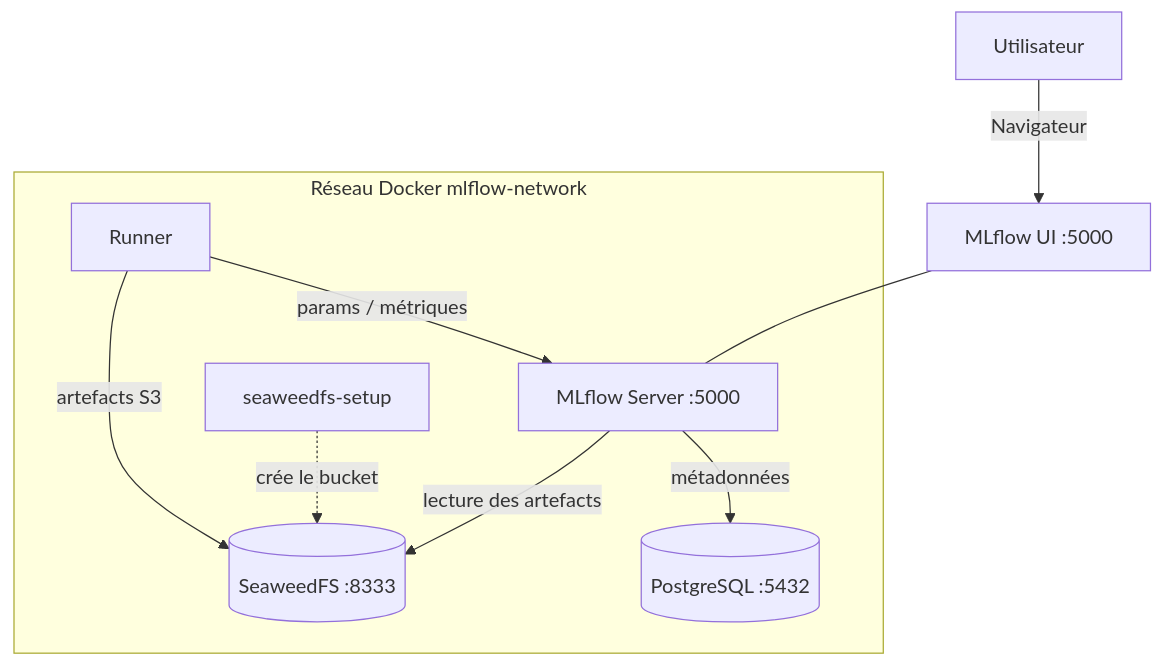
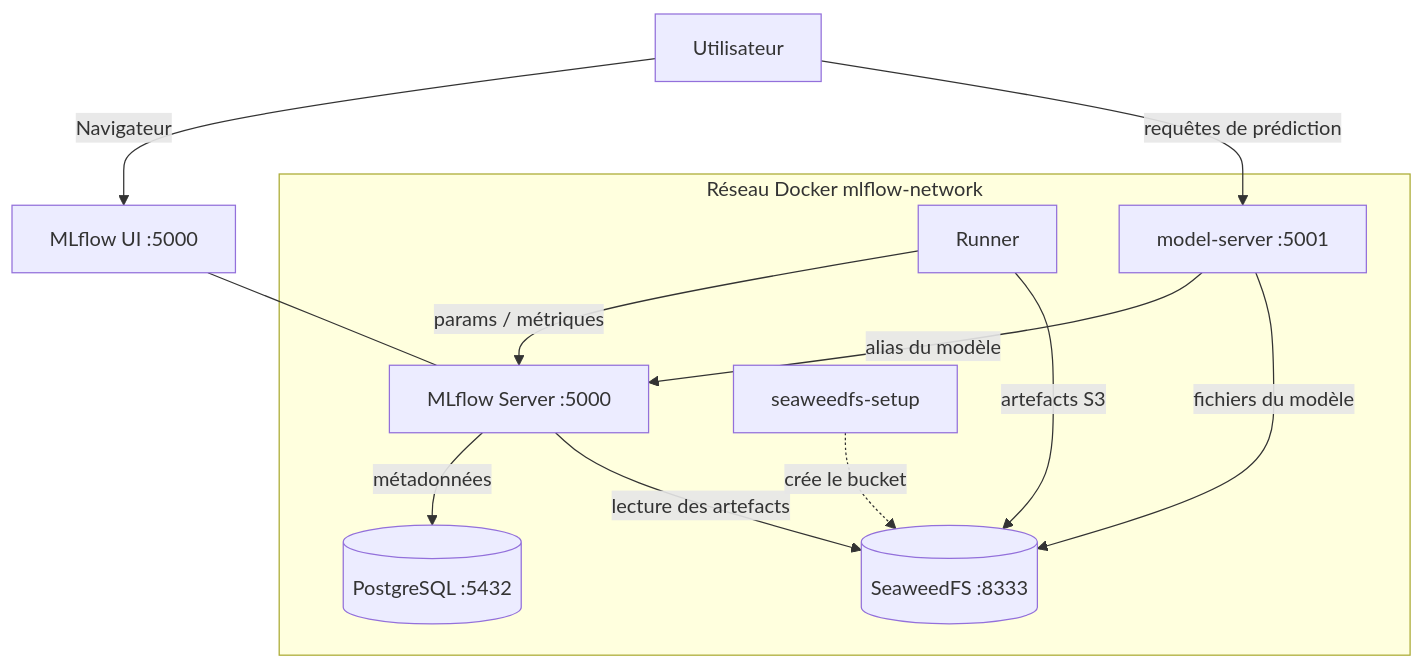
One commit to floSa/MLflow-Test-Bench changed the diagram in README.md. Above: the diagram before and after it, drawn with Mermaid. The commit also changed other lines of this file and 37 other files, not shown here.

````diff
--- a/README.md
+++ b/README.md
@@ -47,12 +50,15 @@
 ```mermaid
 flowchart TD
   user[Utilisateur] -->|Navigateur| ui[MLflow UI :5000]
   subgraph reseau["Réseau Docker mlflow-network"]
     runner[Runner] -->|params / métriques| server[MLflow Server :5000]
     runner -->|artefacts S3| seaweedfs[(SeaweedFS :8333)]
     server -->|métadonnées| db[(PostgreSQL :5432)]
     server -->|lecture des artefacts| seaweedfs
     setup[seaweedfs-setup] -. crée le bucket .-> seaweedfs
+    modelserver[model-server :5001] -->|alias du modèle| server
+    modelserver -->|fichiers du modèle| seaweedfs
   end
   ui --- server
+  user -->|requêtes de prédiction| modelserver
 ```
````
